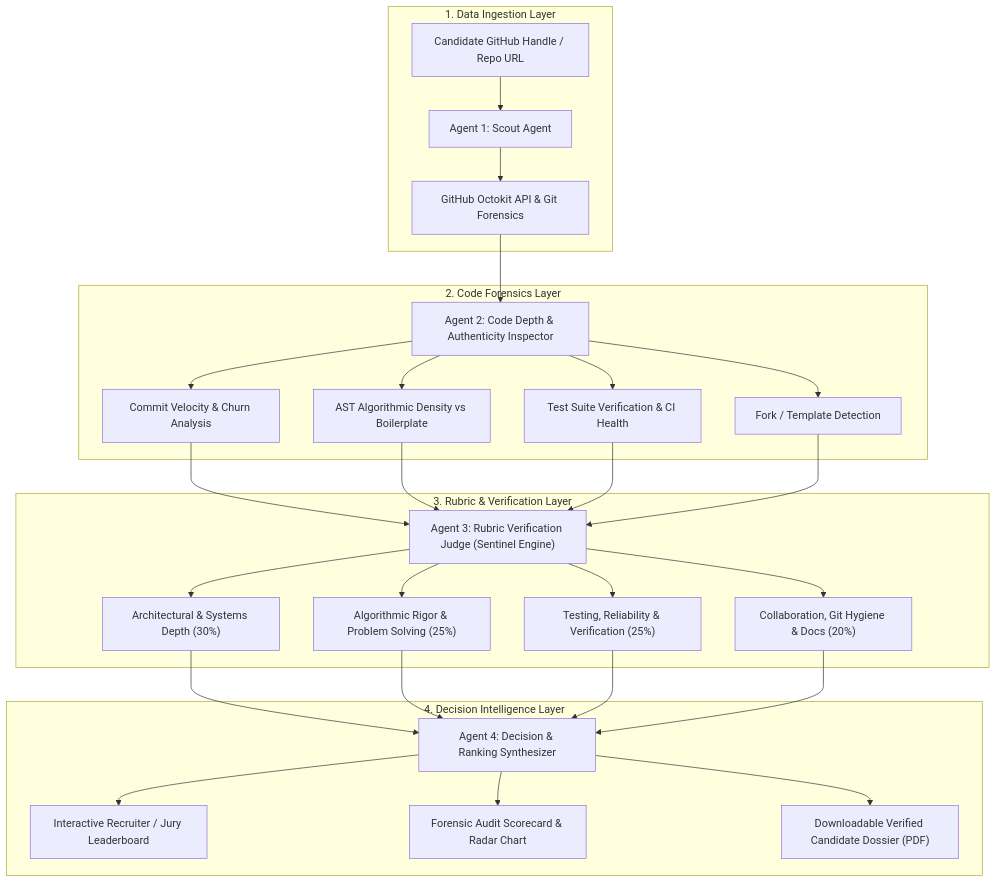
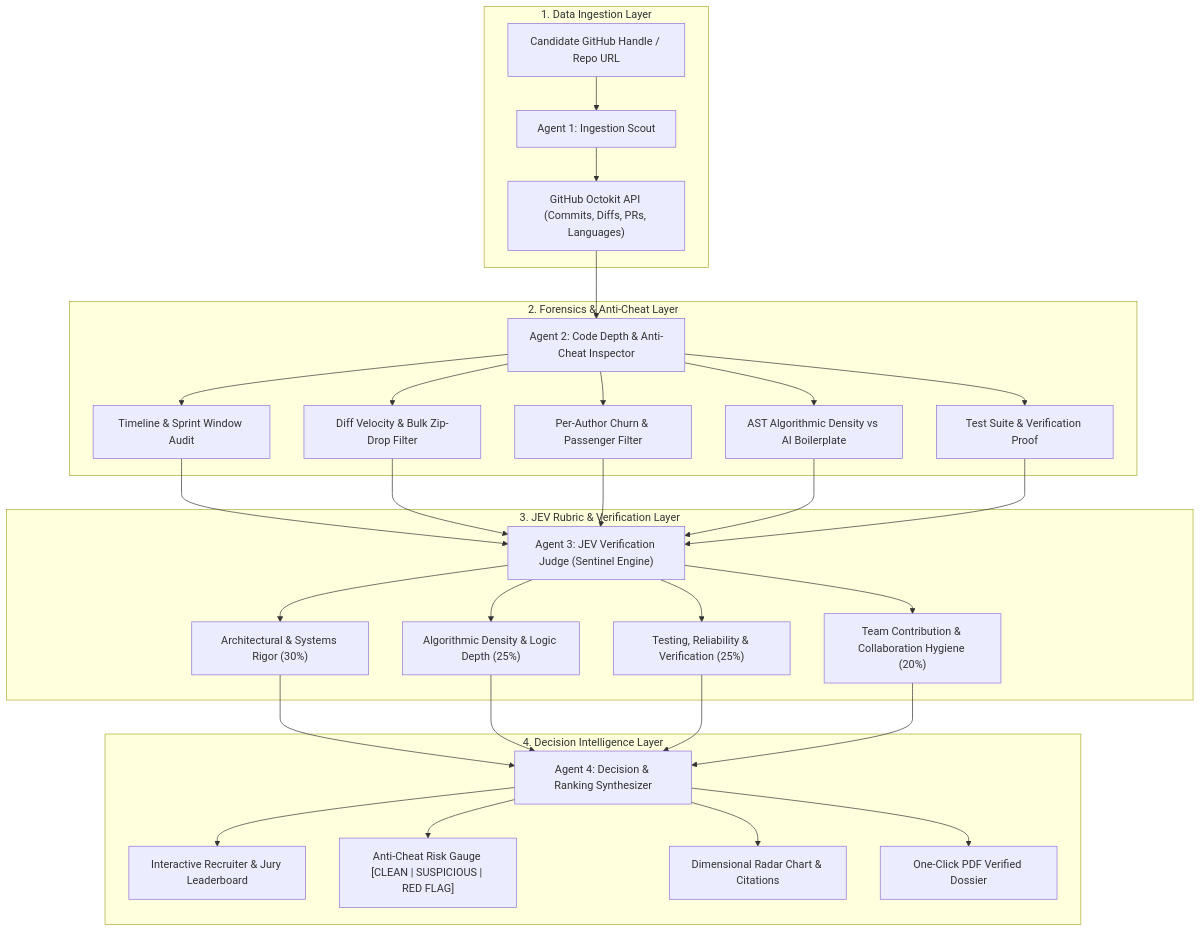
The diagram in ARCHITECTURE.md (nikhil49023/sift), drawn with Mermaid before and after one commit. The commit also changed other lines of this file and 2 other files, not shown here.

Commit message:
feat(brand): establish SIFT brand identity, 5-pillar anti-cheat forensics, and JEV decision intelligence

````diff
--- a/ARCHITECTURE.md
+++ b/ARCHITECTURE.md
@@ -19,30 +19,32 @@
 ```mermaid
 flowchart TD
-    subgraph Ingestion ["1. Data Ingestion Layer"]
-        Input["Candidate GitHub Handle / Repo URL"] --> Scout["Agent 1: Scout Agent"]
-        Scout --> API["GitHub Octokit API & Git Forensics"]
+    subgraph S1 ["1. Data Ingestion Layer"]
+        Input["Candidate GitHub Handle / Repo URL"] --> Scout["Agent 1: Ingestion Scout"]
+        Scout --> API["GitHub Octokit API (Commits, Diffs, PRs, Languages)"]
     end
 
-    subgraph Forensics ["2. Code Forensics Layer"]
-        API --> Inspector["Agent 2: Code Depth & Authenticity Inspector"]
-        Inspector --> Metric1["Commit Velocity & Churn Analysis"]
-        Inspector --> Metric2["AST Algorithmic Density vs Boilerplate"]
-        Inspector --> Metric3["Test Suite Verification & CI Health"]
-        Inspector --> Metric4["Fork / Template Detection"]
+    subgraph S2 ["2. Forensics & Anti-Cheat Layer"]
+        API --> Inspector["Agent 2: Code Depth & Anti-Cheat Inspector"]
+        Inspector --> AC1["Timeline & Sprint Window Audit"]
+        Inspector --> AC2["Diff Velocity & Bulk Zip-Drop Filter"]
+        Inspector --> AC3["Per-Author Churn & Passenger Filter"]
+        Inspector --> AC4["AST Algorithmic Density vs AI Boilerplate"]
+        Inspector --> AC5["Test Suite & Verification Proof"]
     end
 
-    subgraph Evaluation ["3. Rubric & Verification Layer"]
-        Metric1 & Metric2 & Metric3 & Metric4 --> Sentinel["Agent 3: Rubric Verification Judge (Sentinel Engine)"]
-        Sentinel --> Rubric1["Architectural & Systems Depth (30%)"]
-        Sentinel --> Rubric2["Algorithmic Rigor & Problem Solving (25%)"]
-        Sentinel --> Rubric3["Testing, Reliability & Verification (25%)"]
-        Sentinel --> Rubric4["Collaboration, Git Hygiene & Docs (20%)"]
+    subgraph S3 ["3. JEV Rubric & Verification Layer"]
+        AC1 & AC2 & AC3 & AC4 & AC5 --> JEVJudge["Agent 3: JEV Verification Judge (Sentinel Engine)"]
+        JEVJudge --> Rubric1["Architectural & Systems Rigor (30%)"]
+        JEVJudge --> Rubric2["Algorithmic Density & Logic Depth (25%)"]
+        JEVJudge --> Rubric3["Testing, Reliability & Verification (25%)"]
+        JEVJudge --> Rubric4["Team Contribution & Collaboration Hygiene (20%)"]
     end
 
-    subgraph Decision ["4. Decision Intelligence Layer"]
+    subgraph S4 ["4. Decision Intelligence Layer"]
         Rubric1 & Rubric2 & Rubric3 & Rubric4 --> Ranker["Agent 4: Decision & Ranking Synthesizer"]
-        Ranker --> Output1["Interactive Recruiter / Jury Leaderboard"]
-        Ranker --> Output2["Forensic Audit Scorecard & Radar Chart"]
-        Ranker --> Output3["Downloadable Verified Candidate Dossier (PDF)"]
+        Ranker --> Output1["Interactive Recruiter & Jury Leaderboard"]
+        Ranker --> Output2["Anti-Cheat Risk Gauge [CLEAN | SUSPICIOUS | RED FLAG]"]
+        Ranker --> Output3["Dimensional Radar Chart & Citations"]
+        Ranker --> Output4["One-Click PDF Verified Dossier"]
     end
 ```
````
